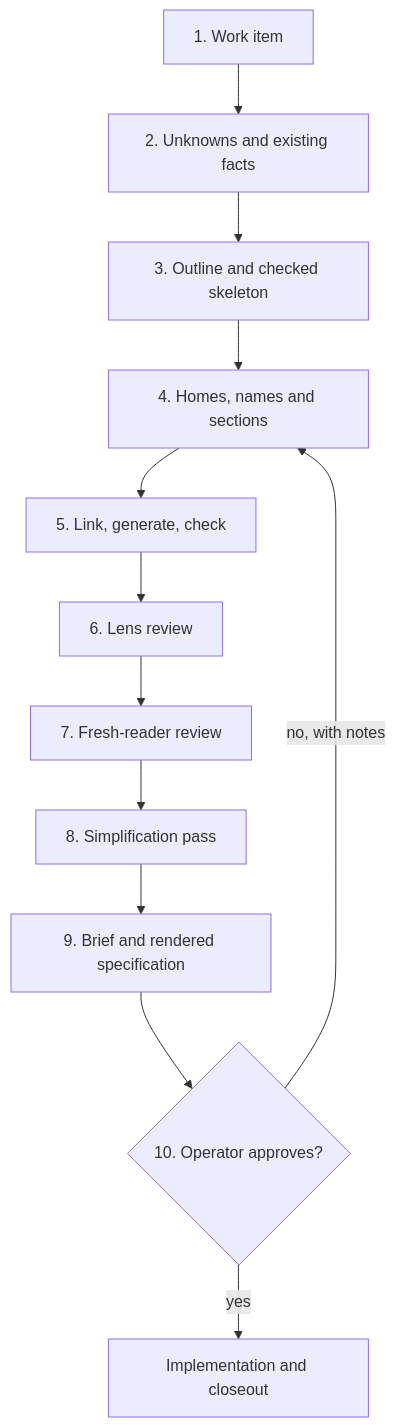
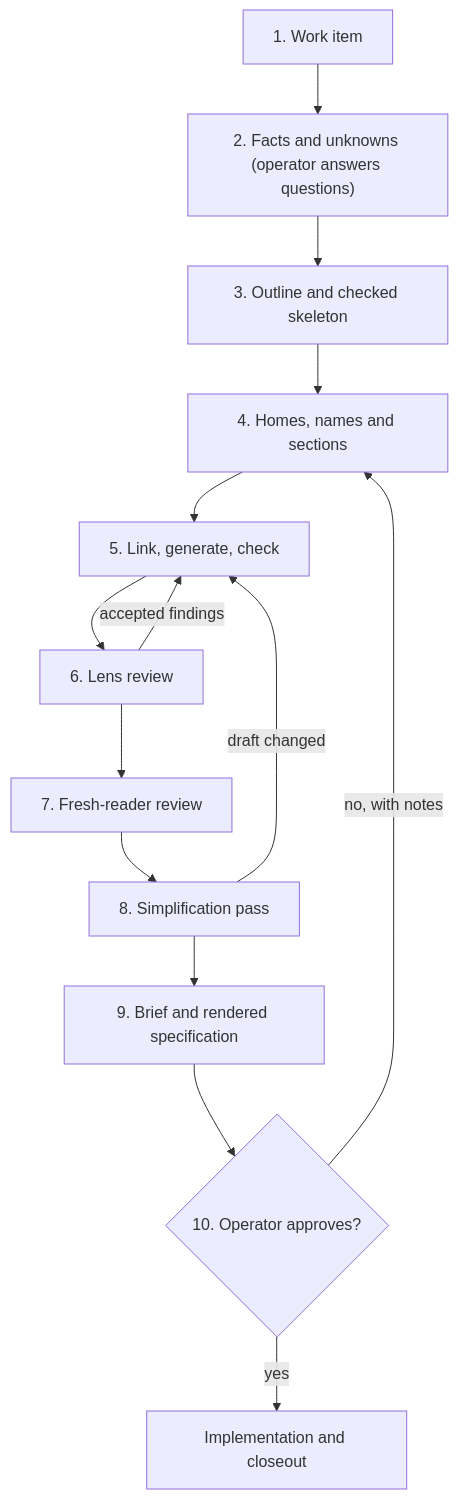
Before and after one commit to symbiotic-build/house-rules: the diagram in skills/spec-writing/references/spec-guide.md, drawn with Mermaid. The commit also changed other lines of this file, not shown here.

First line of the commit message:
docs(spec-writing): spec guide lets the operator answer before approval and revalidates after simplification

````diff
--- a/skills/spec-writing/references/spec-guide.md
+++ b/skills/spec-writing/references/spec-guide.md
@@ -87,14 +95,16 @@
 ```mermaid
 flowchart TD
-  item["1. Work item"] --> unknowns["2. Unknowns and existing facts"]
-  unknowns --> skeleton["3. Outline and checked skeleton"]
+  item["1. Work item"] --> sweep["2. Facts and unknowns (operator answers questions)"]
+  sweep --> skeleton["3. Outline and checked skeleton"]
   skeleton --> write["4. Homes, names and sections"]
   write --> check["5. Link, generate, check"]
   check --> review["6. Lens review"]
+  review -- "accepted findings" --> check
   review --> reader["7. Fresh-reader review"]
   reader --> simplify["8. Simplification pass"]
+  simplify -- "draft changed" --> check
   simplify --> brief["9. Brief and rendered specification"]
   brief --> approve{"10. Operator approves?"}
   approve -- "no, with notes" --> write
   approve -- "yes" --> implement["Implementation and closeout"]
 ```
````
